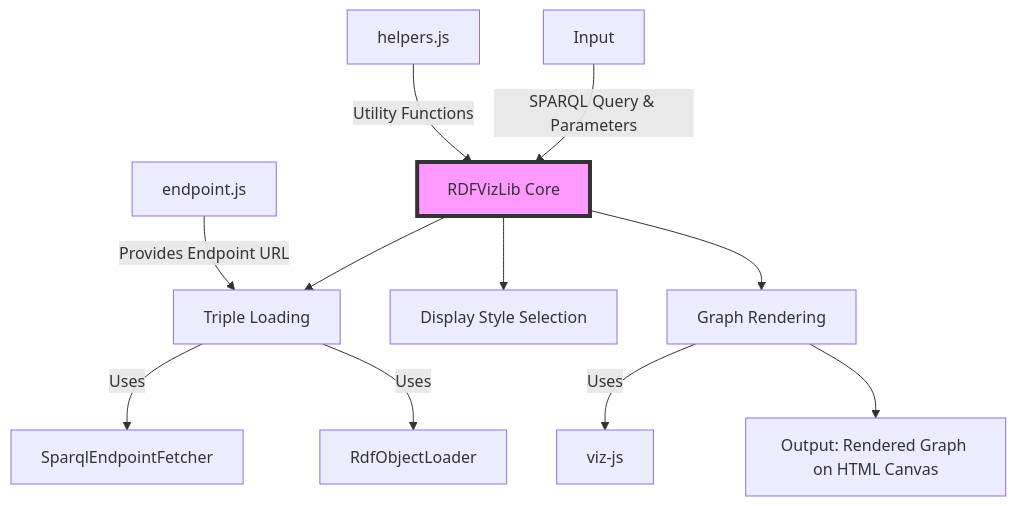
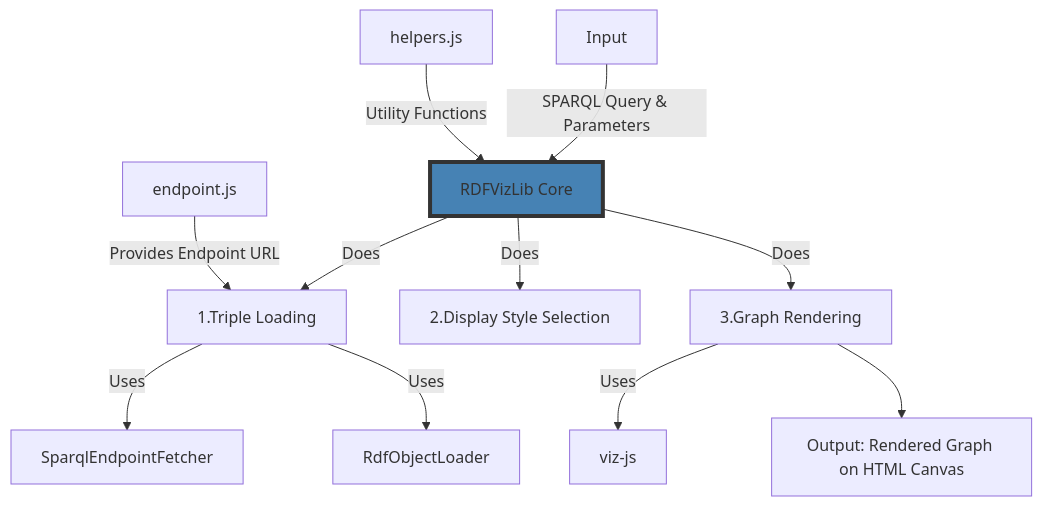
The diagram in Documentation/architecture.mermaid (architolk/ldt-viz-client), drawn with Mermaid before and after one commit. The commit also changed 1 other file, not shown here.

Commit message:
changed architecture diagram

```diff
--- a/Documentation/architecture.mermaid
+++ b/Documentation/architecture.mermaid
@@ -1,17 +1,17 @@
 graph TD
     A[Input] --> |SPARQL Query & Parameters| B[RDFVizLib Core]
-    B --> C[Triple Loading]
-    B --> D[Display Style Selection]
-    B --> E[Graph Rendering]
+    B --> |Does| C[1.Triple Loading]
+    B --> |Does| D[2.Display Style Selection]
+    B --> |Does| E[3.Graph Rendering]
     
     C --> |Uses| F[SparqlEndpointFetcher]
     C --> |Uses| G[RdfObjectLoader]
     
     E --> |Uses| H[viz-js]
     
     I[endpoint.js] --> |Provides Endpoint URL| C
     J[helpers.js] --> |Utility Functions| B
     
     E --> K[Output: Rendered Graph on HTML Canvas]
 
-    style B fill:#f9f,stroke:#333,stroke-width:4px
+    style B fill:#4682b4,stroke:#333,stroke-width:4px
```
